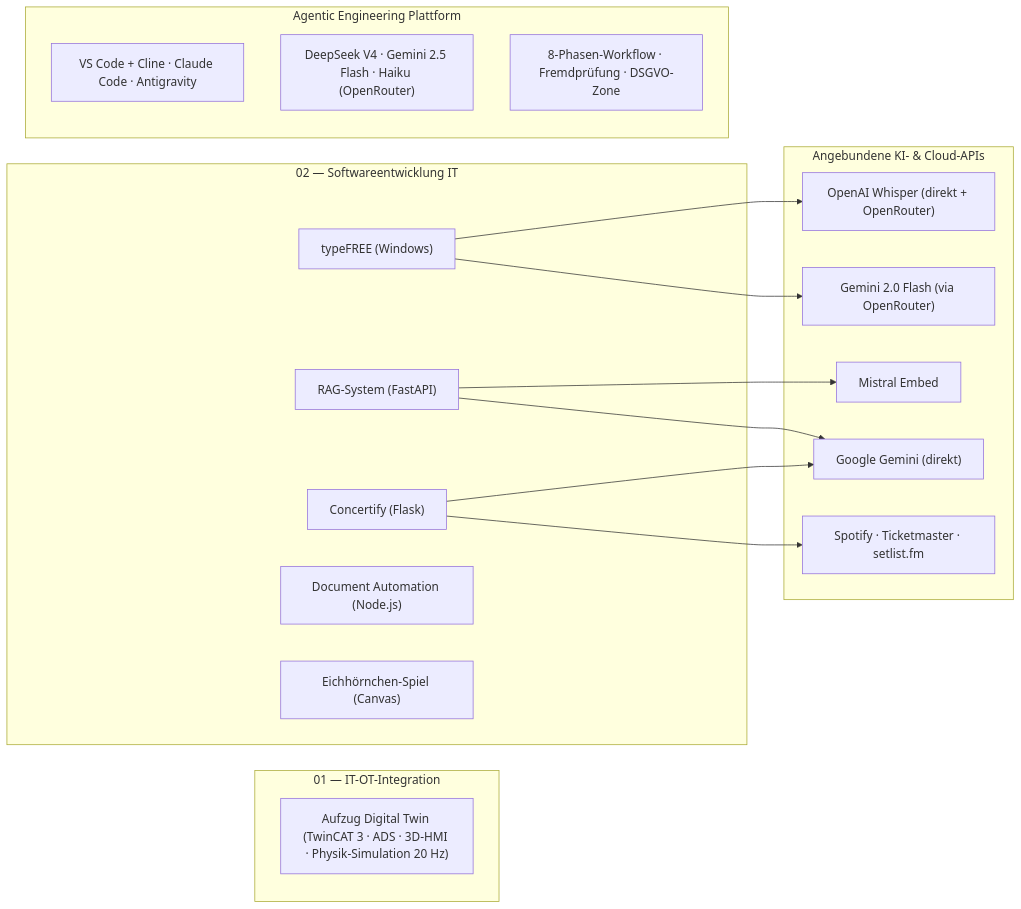
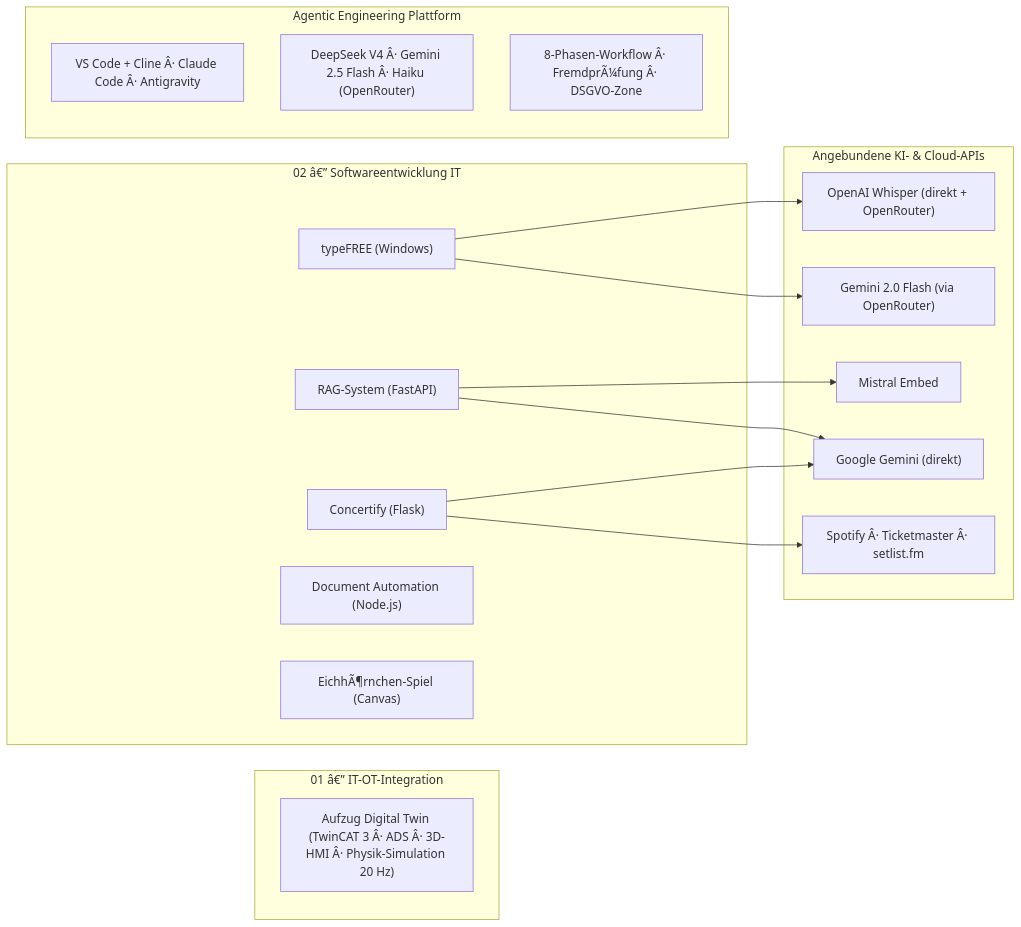
Before and after one commit to HeartledAgentEngineer/it-ot-agentic-engineering: the diagram in README.md, drawn with Mermaid. The commit also changed other lines of this file and 2 other files, not shown here.

Commit message:
Durchgang 2: Installer-Paket, DSGVO, Win+H-Korrektur, README-Updates

````diff
--- a/README.md
+++ b/README.md
@@ -32,35 +32,35 @@
 ```mermaid
 graph LR
-    subgraph OT["01 — IT-OT-Integration"]
-        E["Aufzug Digital Twin (TwinCAT 3 · ADS · 3D-HMI · Physik-Simulation 20 Hz)"]
+    subgraph OT["01 â€” IT-OT-Integration"]
+        E["Aufzug Digital Twin (TwinCAT 3 Â· ADS Â· 3D-HMI Â· Physik-Simulation 20 Hz)"]
     end
 
-    subgraph IT["02 — Softwareentwicklung IT"]
+    subgraph IT["02 â€” Softwareentwicklung IT"]
         C["Concertify (Flask)"]
         T["typeFREE (Windows)"]
         R["RAG-System (FastAPI)"]
         D["Document Automation (Node.js)"]
-        S["Eichhörnchen-Spiel (Canvas)"]
+        S["EichhÃ¶rnchen-Spiel (Canvas)"]
     end
 
     subgraph APIs["Angebundene KI- & Cloud-APIs"]
         WH["OpenAI Whisper (direkt + OpenRouter)"]
         G2F["Gemini 2.0 Flash (via OpenRouter)"]
         MB["Mistral Embed"]
         G2["Google Gemini (direkt)"]
-        SP["Spotify · Ticketmaster · setlist.fm"]
+        SP["Spotify Â· Ticketmaster Â· setlist.fm"]
     end
 
     subgraph AE["Agentic Engineering Plattform"]
-        CLI["VS Code + Cline · Claude Code · Antigravity"]
-        MOD["DeepSeek V4 · Gemini 2.5 Flash · Haiku (OpenRouter)"]
-        WF["8-Phasen-Workflow · Fremdprüfung · DSGVO-Zone"]
+        CLI["VS Code + Cline Â· Claude Code Â· Antigravity"]
+        MOD["DeepSeek V4 Â· Gemini 2.5 Flash Â· Haiku (OpenRouter)"]
+        WF["8-Phasen-Workflow Â· FremdprÃ¼fung Â· DSGVO-Zone"]
     end
 
     C["Concertify (Flask)"] --> SP
     C --> G2
     T["typeFREE (Windows)"] --> WH
     T --> G2F
     R["RAG-System (FastAPI)"] --> G2
     R --> MB
 ```
````
